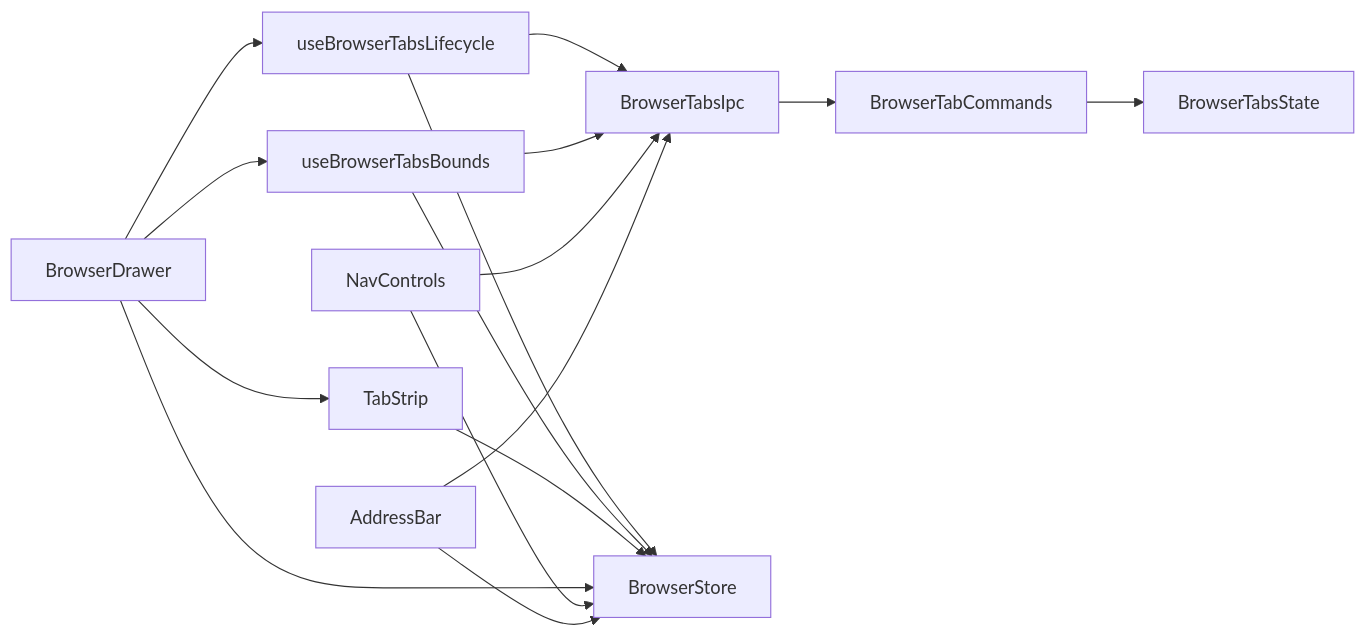
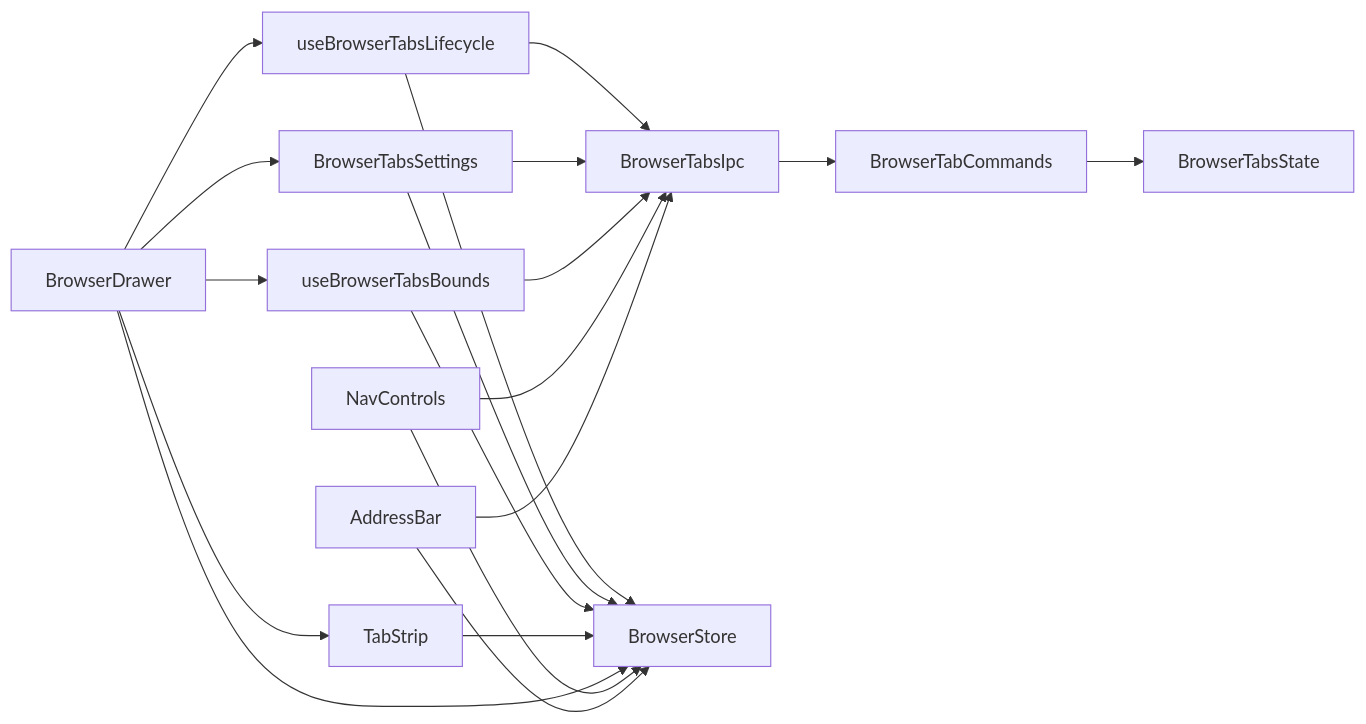
One commit to yes506/canvas-terminal changed the diagram in plan.mmd. Above: the diagram before and after it, drawn with Mermaid. The commit also changed 2 other files, not shown here.

Commit message:
docs(planner): r2 cohort-feedback patch — settings hook + DAG prose + B1 scope + invariants
- Remove stale plan-detail.mmd (4-way convergent blocker: claude2/codex2/claude3/codex3)
- Add BrowserTabsSettings interface + decomposition rows #28-32 covering restore + persist (claude3 #2, codex3 #2)
- Reconcile plan.md prose with plan.mmd arrow direction (depends-on); add explicit toposort (all 4 reviewers)
- Pin BrowserTabsState granularity: per-tab last_bounds, global generation (claude2 M1)
- Clarify B1 H1 fix path vs out-of-scope (claude2 M2)
- Make drawer-close wipes-all-tabs invariant explicit in Constraints (claude2 M3)
- State event-rename intent explicitly (claude3 #5)
- Tighten B1 verification targets: Wikipedia + GitHub instead of example.com (codex2 #3)
- Note active-tab switch flicker mitigation (same-rAF) (claude2 S4)
- Pick crypto.randomUUID() for tab IDs (claude2 S2)
- Define browser_last_url persistence semantics under multi-tab (claude2 S3)

```diff
--- a/plan.mmd
+++ b/plan.mmd
@@ -1,26 +1,30 @@
 graph LR
   BrowserTabsState["BrowserTabsState"]
   BrowserTabCommands["BrowserTabCommands"]
   BrowserTabsIpc["BrowserTabsIpc"]
   BrowserStore["BrowserStore"]
   useBrowserTabsLifecycle["useBrowserTabsLifecycle"]
+  BrowserTabsSettings["BrowserTabsSettings"]
   useBrowserTabsBounds["useBrowserTabsBounds"]
   TabStrip["TabStrip"]
   BrowserDrawer["BrowserDrawer"]
   NavControls["NavControls"]
   AddressBar["AddressBar"]
   BrowserTabCommands --> BrowserTabsState
   BrowserTabsIpc --> BrowserTabCommands
   useBrowserTabsLifecycle --> BrowserTabsIpc
   useBrowserTabsLifecycle --> BrowserStore
+  BrowserTabsSettings --> BrowserStore
+  BrowserTabsSettings --> BrowserTabsIpc
   useBrowserTabsBounds --> BrowserTabsIpc
   useBrowserTabsBounds --> BrowserStore
   TabStrip --> BrowserStore
   BrowserDrawer --> BrowserStore
   BrowserDrawer --> TabStrip
   BrowserDrawer --> useBrowserTabsLifecycle
   BrowserDrawer --> useBrowserTabsBounds
+  BrowserDrawer --> BrowserTabsSettings
   NavControls --> BrowserTabsIpc
   NavControls --> BrowserStore
   AddressBar --> BrowserTabsIpc
   AddressBar --> BrowserStore
```
